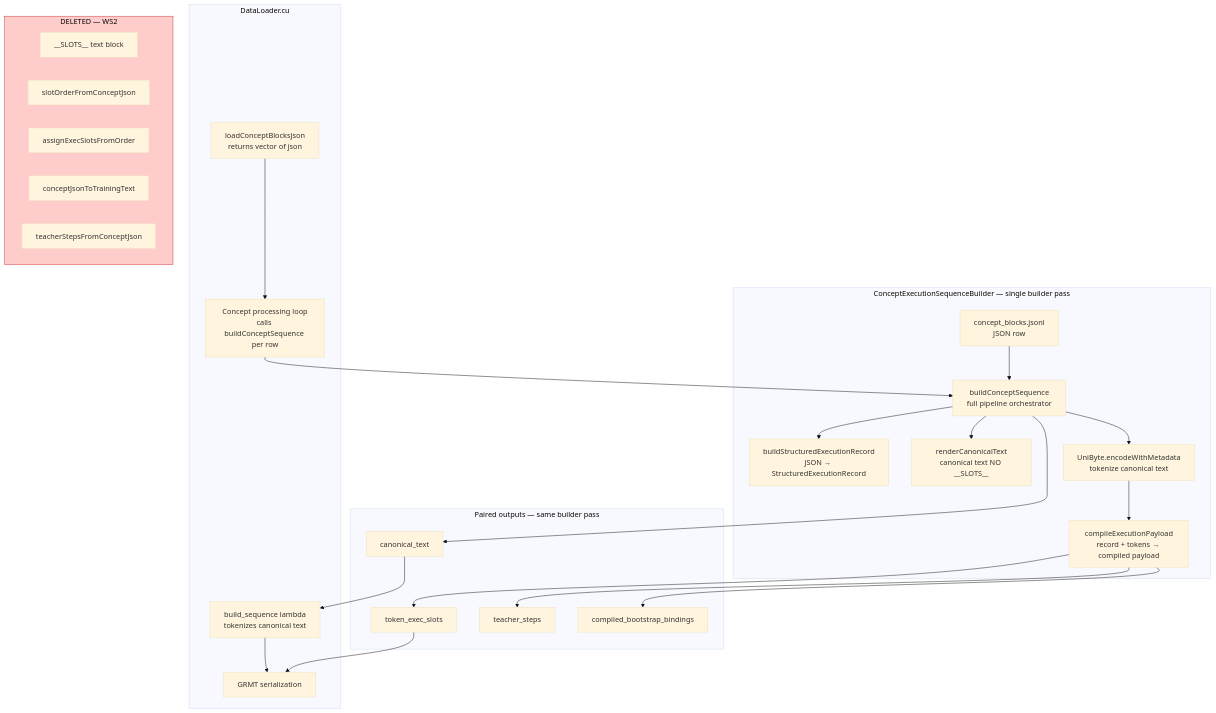
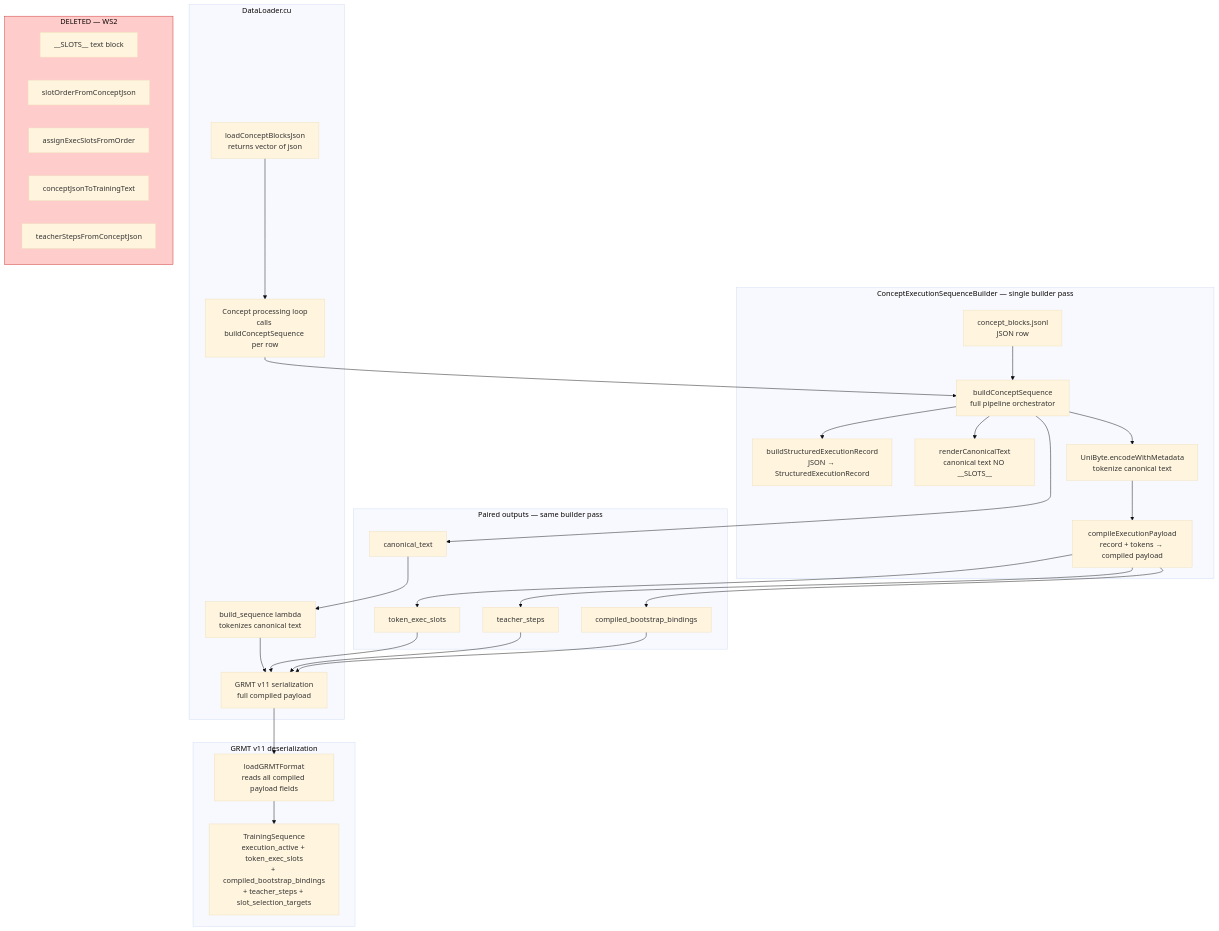
One commit to Reaper3825/G.R.I.M changed the seventh of 7 diagrams in docs/EXECUTION_BLOCK_STRUCTURED_EXECUTION_CUTOVER_FLOW.md. Above: the diagram before and after it, drawn with Mermaid (base theme). The commit also changed other lines of this file and 14 other files, not shown here.

````diff
--- a/docs/EXECUTION_BLOCK_STRUCTURED_EXECUTION_CUTOVER_FLOW.md
+++ b/docs/EXECUTION_BLOCK_STRUCTURED_EXECUTION_CUTOVER_FLOW.md
@@ -165,53 +165,62 @@
 ```mermaid
 flowchart TD
     subgraph Builder[ConceptExecutionSequenceBuilder — single builder pass]
         JSON[concept_blocks.jsonl\nJSON row]
         BuildRecord[buildStructuredExecutionRecord\nJSON → StructuredExecutionRecord]
         Render[renderCanonicalText\ncanonical text NO __SLOTS__]
         Tokenize[UniByte.encodeWithMetadata\ntokenize canonical text]
         Compile[compileExecutionPayload\nrecord + tokens → compiled payload]
         BuildSeq[buildConceptSequence\nfull pipeline orchestrator]
 
         JSON --> BuildSeq
         BuildSeq --> BuildRecord
         BuildSeq --> Render
         BuildSeq --> Tokenize
         Tokenize --> Compile
     end
 
     subgraph Outputs[Paired outputs — same builder pass]
         Text[canonical_text]
         TES[token_exec_slots]
         TSt[teacher_steps]
         CBB[compiled_bootstrap_bindings]
     end
 
     BuildSeq --> Text
     Compile --> TES
     Compile --> TSt
     Compile --> CBB
 
     subgraph DataLoader[DataLoader.cu]
         Load[loadConceptBlocksJson\nreturns vector of json]
         Loop[Concept processing loop\ncalls buildConceptSequence per row]
         BSeq[build_sequence lambda\ntokenizes canonical text]
-        GRMT[GRMT serialization]
+        GRMT[GRMT v11 serialization\nfull compiled payload]
     end
 
     Load --> Loop
     Loop --> BuildSeq
     Text --> BSeq
     BSeq --> GRMT
     TES --> GRMT
+    TSt --> GRMT
+    CBB --> GRMT
+
+    subgraph GRMTLoad[GRMT v11 deserialization]
+        LoadGRMT[loadGRMTFormat\nreads all compiled payload fields]
+        TrainSeq[TrainingSequence\nexecution_active + token_exec_slots\n+ compiled_bootstrap_bindings\n+ teacher_steps + slot_selection_targets]
+    end
+
+    GRMT --> LoadGRMT --> TrainSeq
 
     subgraph Deleted[DELETED — WS2]
         direction LR
         SLOTS["__SLOTS__ text block"]
         SlotOrder[slotOrderFromConceptJson]
         TailRecover[assignExecSlotsFromOrder]
         OldRender[conceptJsonToTrainingText]
         OldTeacher[teacherStepsFromConceptJson]
     end
 
     style Deleted fill:#fcc,stroke:#c33
 ```
````
